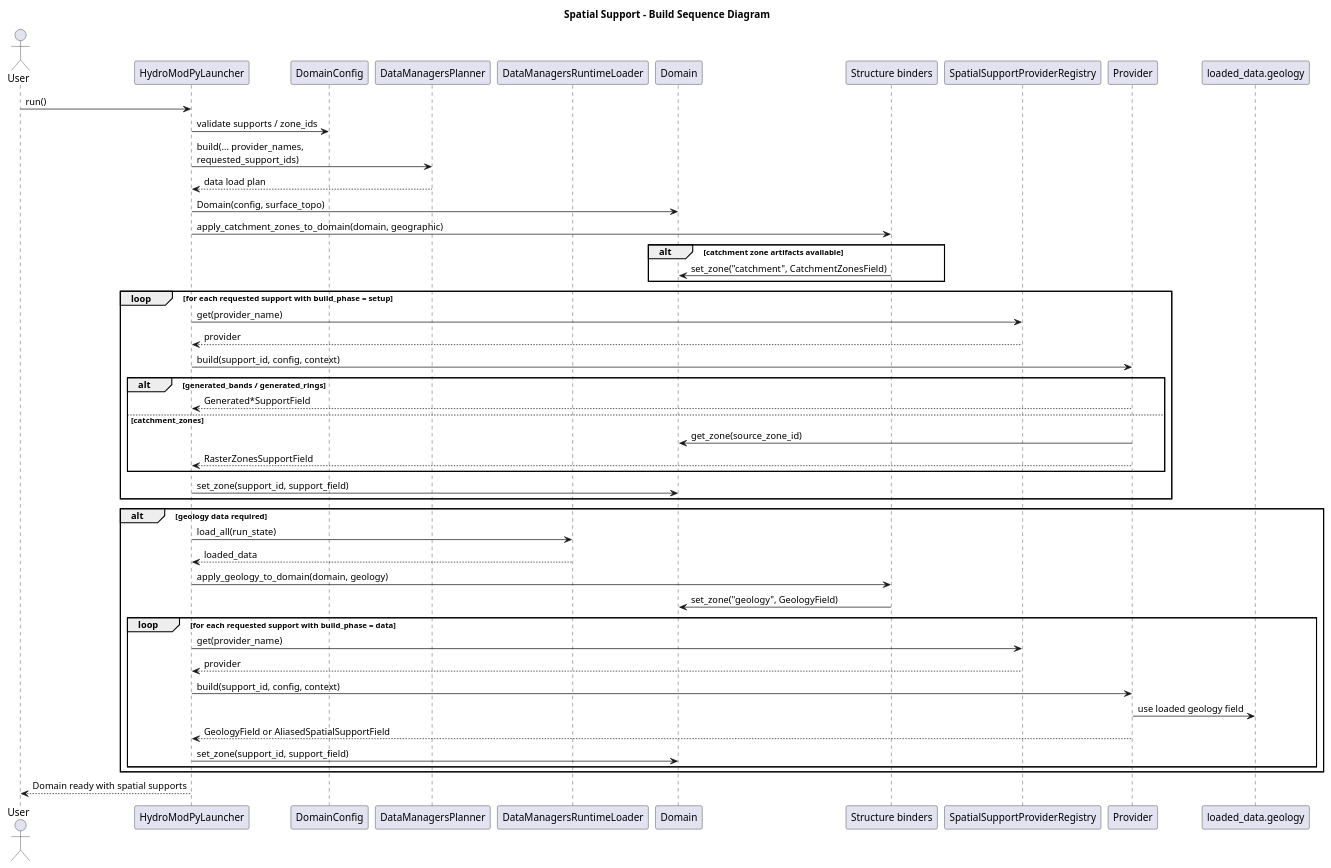
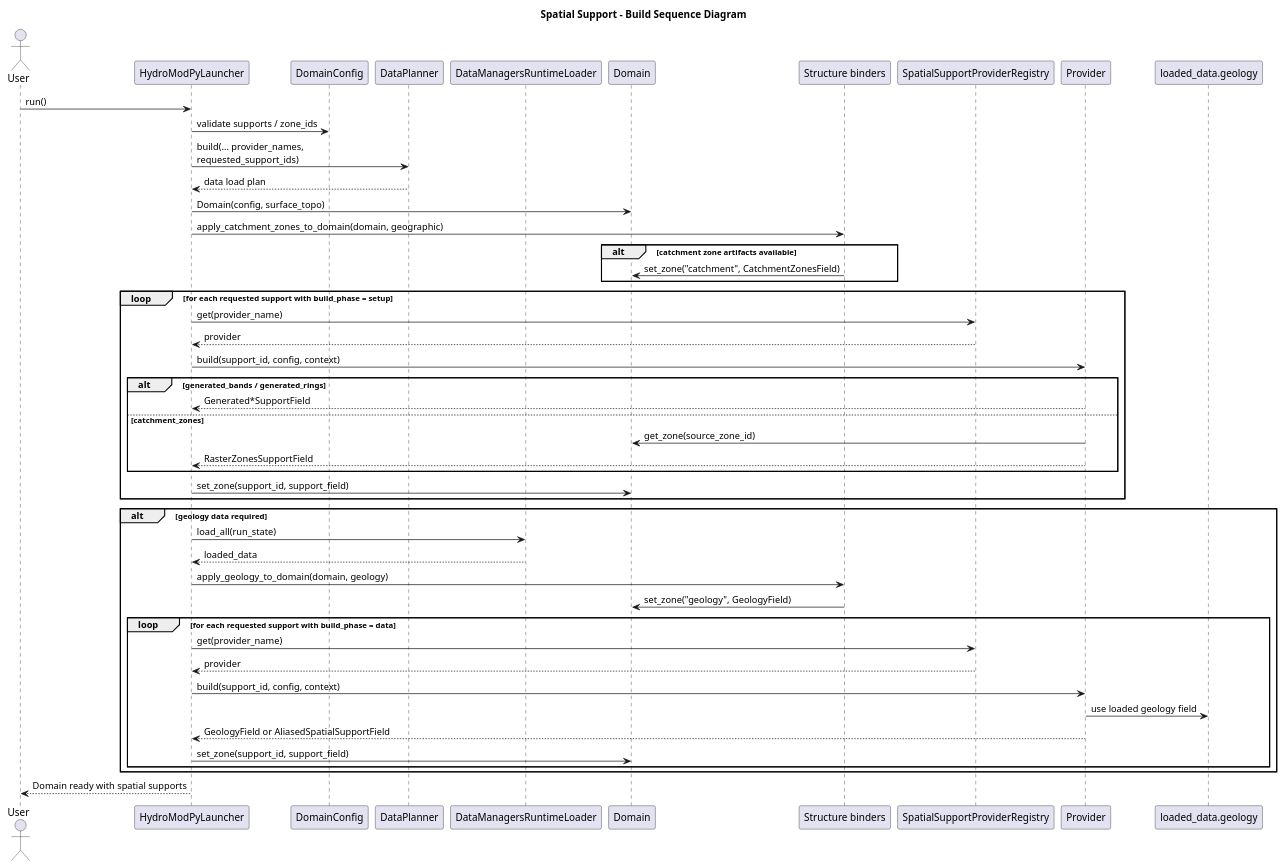
One commit to HydroModPy/HydroModPy changed the diagram in docs/source/architecture/spatial_support/diagrams/spatial_support_build_sequence.wsd. Above: the diagram before and after it, drawn with PlantUML. The commit also changed 7 other files, not shown here.

Commit message:
[docs] - clean architecture pipeline ghost and DataManagersPlanner references

```diff
--- a/docs/source/architecture/spatial_support/diagrams/spatial_support_build_sequence.wsd
+++ b/docs/source/architecture/spatial_support/diagrams/spatial_support_build_sequence.wsd
@@ -1,56 +1,56 @@
 @startuml
 title Spatial Support - Build Sequence Diagram
 
 actor User
 participant "HydroModPyLauncher" as Launcher
 participant "DomainConfig" as DomainCfg
-participant "DataManagersPlanner" as Planner
+participant "DataPlanner" as Planner
 participant "DataManagersRuntimeLoader" as Loader
 participant "Domain" as Domain
 participant "Structure binders" as Binders
 participant "SpatialSupportProviderRegistry" as Registry
 participant "Provider" as Provider
 participant "loaded_data.geology" as Geology
 
 User -> Launcher: run()
 Launcher -> DomainCfg: validate supports / zone_ids
 Launcher -> Planner: build(... provider_names,\nrequested_support_ids)
 Planner --> Launcher: data load plan
 
 Launcher -> Domain: Domain(config, surface_topo)
 Launcher -> Binders: apply_catchment_zones_to_domain(domain, geographic)
 alt catchment zone artifacts available
   Binders -> Domain: set_zone("catchment", CatchmentZonesField)
 end
 
 loop for each requested support with build_phase = setup
   Launcher -> Registry: get(provider_name)
   Registry --> Launcher: provider
   Launcher -> Provider: build(support_id, config, context)
   alt generated_bands / generated_rings
     Provider --> Launcher: Generated*SupportField
   else catchment_zones
     Provider -> Domain: get_zone(source_zone_id)
     Provider --> Launcher: RasterZonesSupportField
   end
   Launcher -> Domain: set_zone(support_id, support_field)
 end
 
 alt geology data required
   Launcher -> Loader: load_all(run_state)
   Loader --> Launcher: loaded_data
   Launcher -> Binders: apply_geology_to_domain(domain, geology)
   Binders -> Domain: set_zone("geology", GeologyField)
 
   loop for each requested support with build_phase = data
     Launcher -> Registry: get(provider_name)
     Registry --> Launcher: provider
     Launcher -> Provider: build(support_id, config, context)
     Provider -> Geology: use loaded geology field
     Provider --> Launcher: GeologyField or AliasedSpatialSupportField
     Launcher -> Domain: set_zone(support_id, support_field)
   end
 end
 
 Launcher --> User: Domain ready with spatial supports
 @enduml
```
